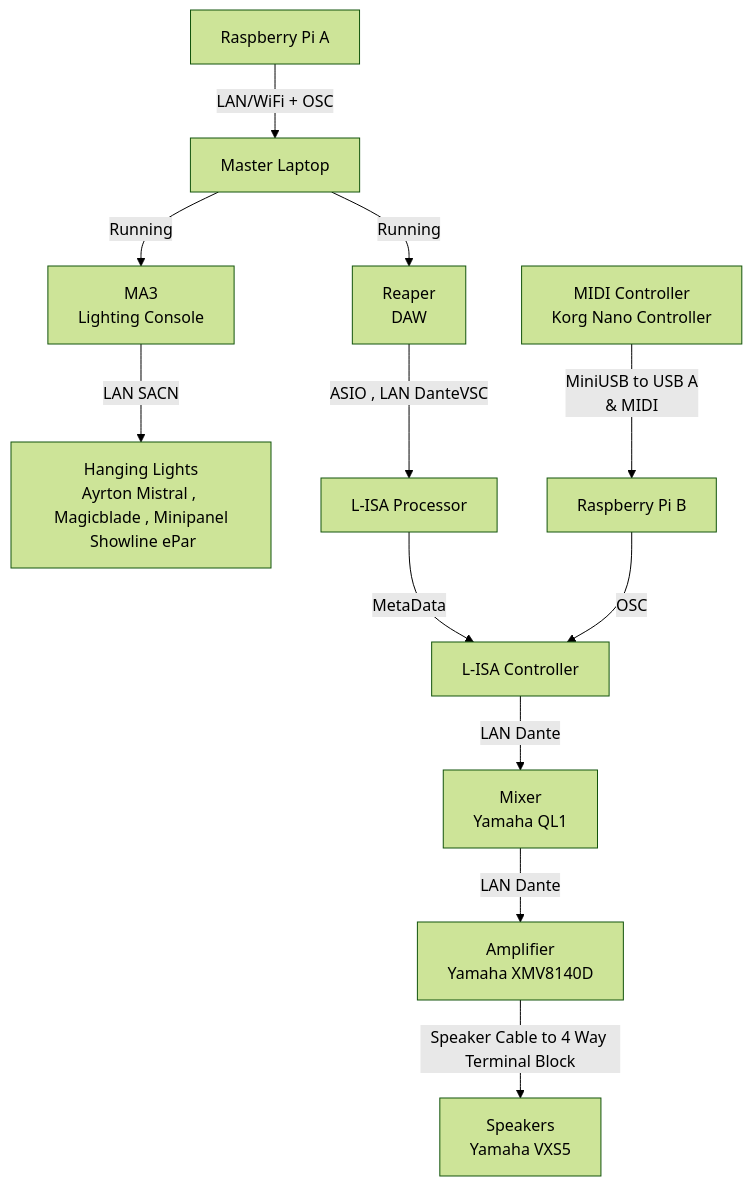
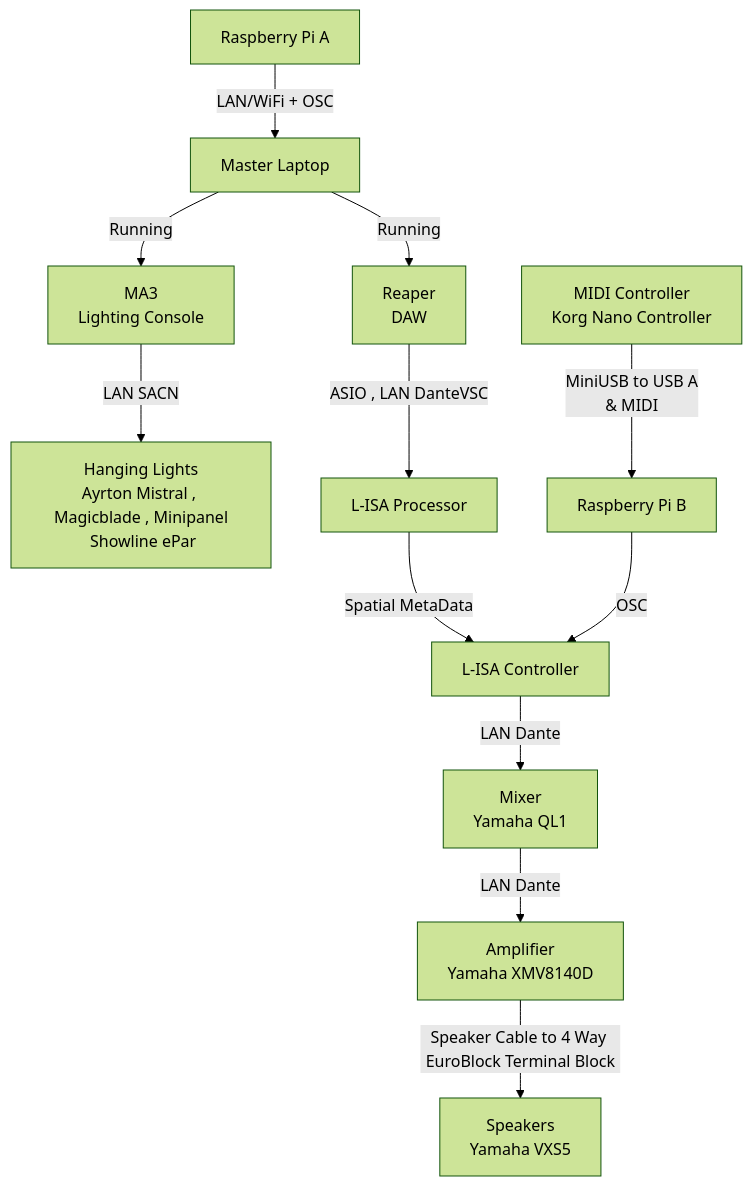
Before and after one commit to tl0wh/EGL314_Team-A_Project-Repository: the diagram in README.md, drawn with Mermaid (forest theme). The commit also changed other lines of this file and 1 other file, not shown here.

Commit message:
POC L-ISA Documentation

````diff
--- a/README.md
+++ b/README.md
@@ -62,14 +62,14 @@
 ```mermaid
 graph TD
 A[Raspberry Pi A ]--LAN/WiFi + OSC--> L[Master Laptop]
 L[Master Laptop] --Running--> B[Reaper<br>DAW]
 L--Running--> C[MA3<br> Lighting Console]
 C --LAN SACN--> D[Hanging Lights<br>Ayrton Mistral , Magicblade , Minipanel<br> Showline ePar]
 B[Reaper<br>DAW] --ASIO , LAN DanteVSC --> E[L-ISA Processor]
-E--MetaData--> F[L-ISA Controller]
+E--Spatial MetaData--> F[L-ISA Controller]
 F --LAN Dante--> G[Mixer<br>Yamaha QL1]
 G--LAN Dante--> H[Amplifier<br> Yamaha XMV8140D]
-H -- Speaker Cable to 4 Way Terminal Block--> I[Speakers<br> Yamaha VXS5]
+H -- Speaker Cable to 4 Way EuroBlock Terminal Block--> I[Speakers<br> Yamaha VXS5]
 K[MIDI Controller<br>Korg Nano Controller]--MiniUSB to USB A <br> & MIDI-->J[Raspberry Pi B]
 J[Raspberry Pi B]--OSC-->F[L-ISA Controller] 
 ```
````
